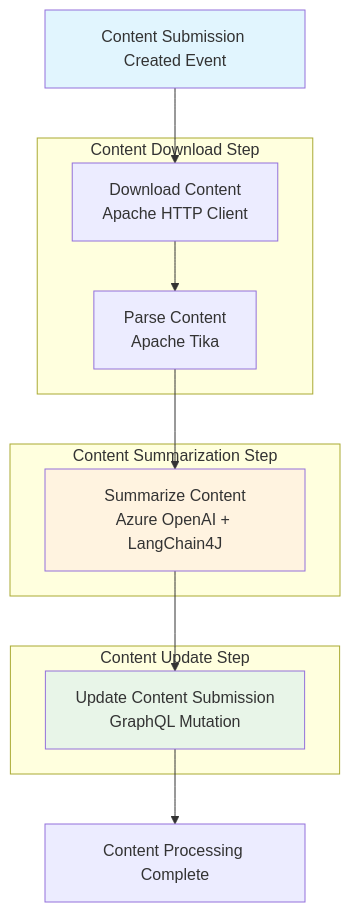
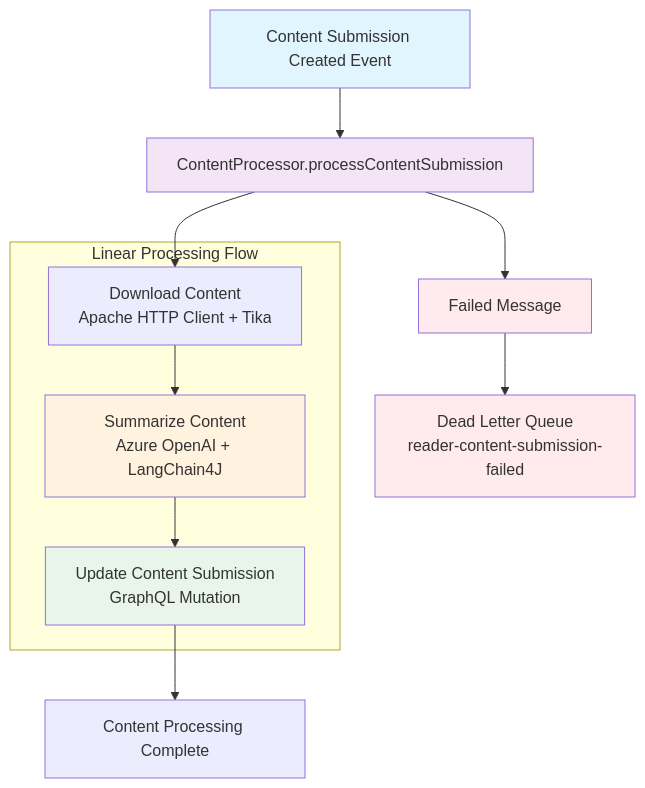
One commit to wmeints/agenttalks changed the second of 2 diagrams in docs/architecture/06-runtime-view.md. Above: the diagram before and after it, drawn with Mermaid. The commit also changed other lines of this file and 3 other files, not shown here.

Commit message:
Simplify the reader flow

````diff
--- a/docs/architecture/06-runtime-view.md
+++ b/docs/architecture/06-runtime-view.md
@@ -61,25 +61,24 @@
 ```mermaid
 graph TD
-    A[Content Submission Created Event] --> B[Download Content<br/>Apache HTTP Client]
-    B --> C[Parse Content<br/>Apache Tika]
+    A[Content Submission Created Event] --> B[ContentProcessor.processContentSubmission]
+    B --> C[Download Content<br/>Apache HTTP Client + Tika]
     C --> D[Summarize Content<br/>Azure OpenAI + LangChain4J]
     D --> E[Update Content Submission<br/>GraphQL Mutation]
     E --> F[Content Processing Complete]
+    
+    B --> G[Failed Message]
+    G --> H[Dead Letter Queue<br/>reader-content-submission-failed]
 
-    subgraph "Content Download Step"
-        B
+    subgraph "Linear Processing Flow"
         C
-    end
-
-    subgraph "Content Summarization Step"
         D
-    end
-
-    subgraph "Content Update Step"
         E
     end
 
     style A fill:#e1f5fe
+    style B fill:#f3e5f5
     style D fill:#fff3e0
     style E fill:#e8f5e8
+    style G fill:#ffebee
+    style H fill:#ffebee
 ```
````
